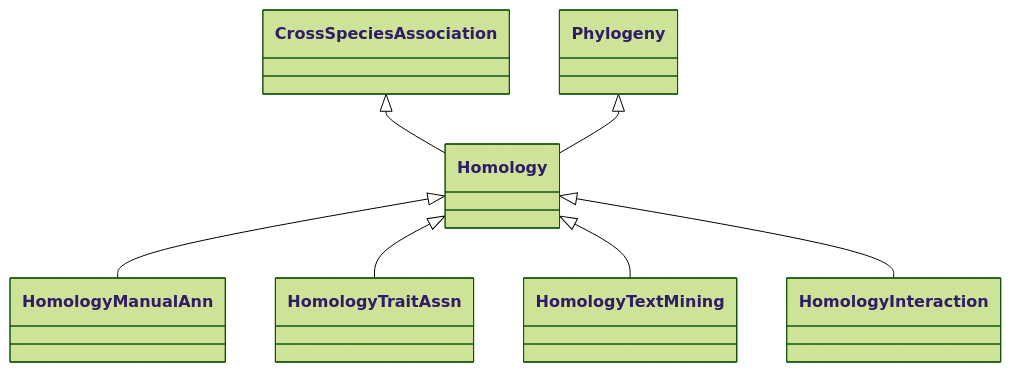
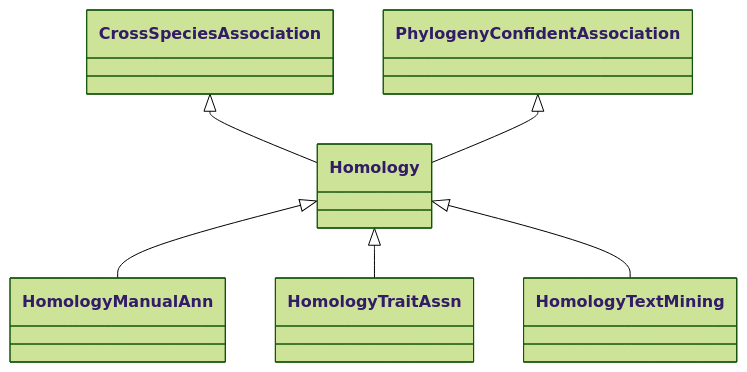
One commit to KnetMiner/knetminer-schemas changed the diagram in semantic-motif-taxonomy/knet-motif-categories-doc/Homology.md. Above: the diagram before and after it, drawn with Mermaid (forest theme). The commit also changed other lines of this file and 59 other files, not shown here.

````diff
--- a/semantic-motif-taxonomy/knet-motif-categories-doc/Homology.md
+++ b/semantic-motif-taxonomy/knet-motif-categories-doc/Homology.md
@@ -27,22 +27,20 @@
 ```mermaid
  classDiagram
     class Homology
     click Homology href "../Homology"
       CrossSpeciesAssociation <|-- Homology
         click CrossSpeciesAssociation href "../CrossSpeciesAssociation"
-      Phylogeny <|-- Homology
-        click Phylogeny href "../Phylogeny"
+      PhylogenyConfidentAssociation <|-- Homology
+        click PhylogenyConfidentAssociation href "../PhylogenyConfidentAssociation"
       
 
       Homology <|-- HomologyManualAnn
         click HomologyManualAnn href "../HomologyManualAnn"
       Homology <|-- HomologyTraitAssn
         click HomologyTraitAssn href "../HomologyTraitAssn"
       Homology <|-- HomologyTextMining
         click HomologyTextMining href "../HomologyTextMining"
-      Homology <|-- HomologyInteraction
-        click HomologyInteraction href "../HomologyInteraction"
       
       
       
 ```
````
